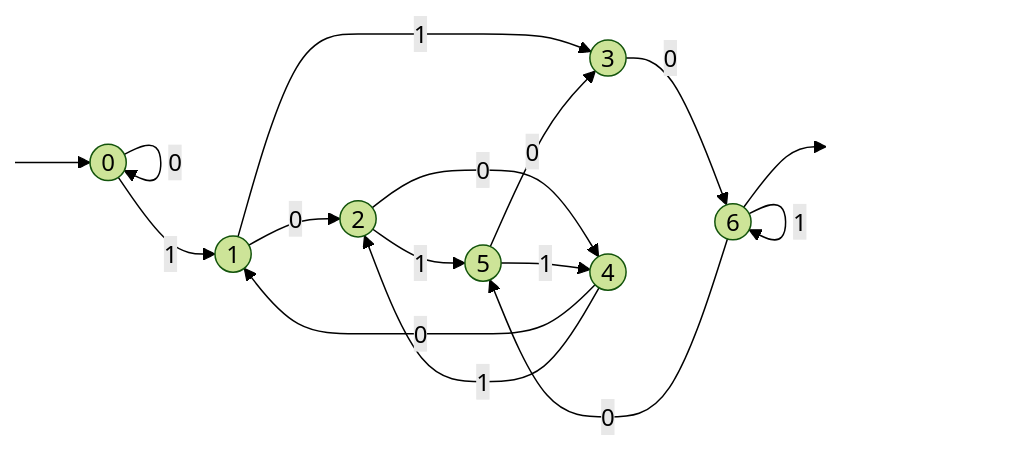
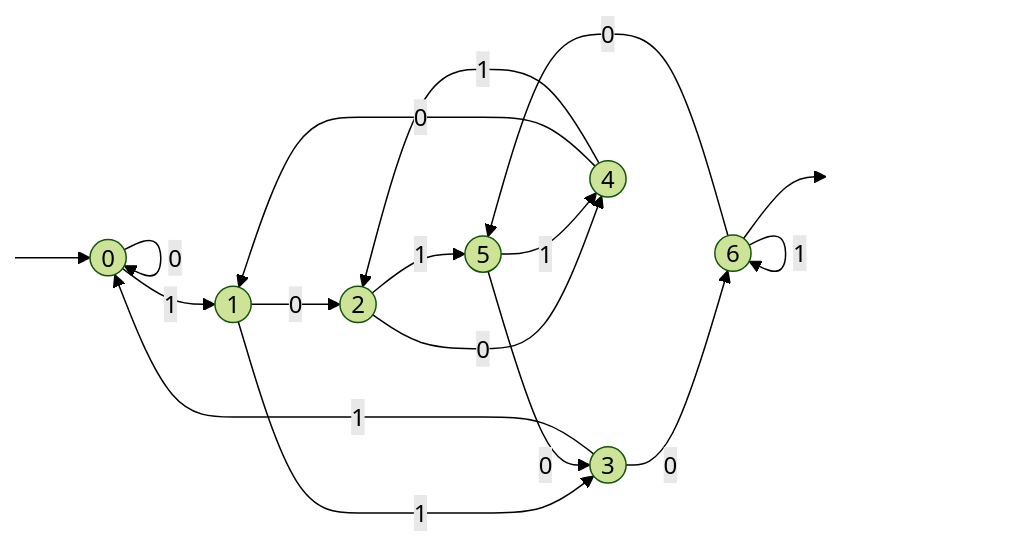
Before and after one commit to avivi55/automates-finies: the ninth of 9 diagrams in README.md, drawn with Mermaid (forest theme). The commit also changed other lines of this file, not shown here.

````diff
--- a/README.md
+++ b/README.md
@@ -248,38 +276,38 @@
 ```mermaid
 graph LR
     style ENTREE height:0px;
     style SORTIE  height:0px; 
 
     0((0)) 
     1((1))
     2((2))
     3((3))
     4((4))
     5((5))
     6((6))
 
     ENTREE[ ] --> 0
     6 --> SORTIE[ ]
 
 
     0 --0--> 0
     0 --1--> 1
 
     1 --0--> 2
     1 --1--> 3
     
     2 --0--> 4
     2 --1--> 5
     
     3 --0--> 6
+    3 --1--> 0 
 
     4 --0--> 1
     4 --1--> 2
     
     5 --0--> 3
     5 --1--> 4
     
-    
+    6 --1--> 6
     6 --0--> 5
-    6 --1--> 6
 ```
````
